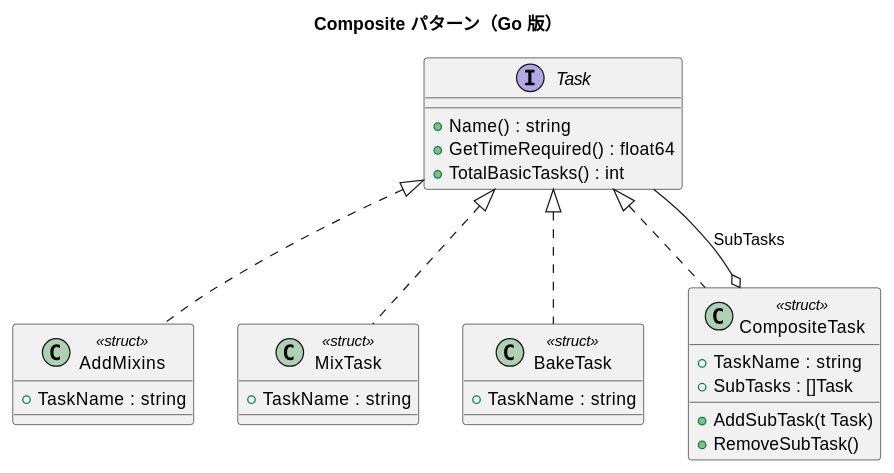
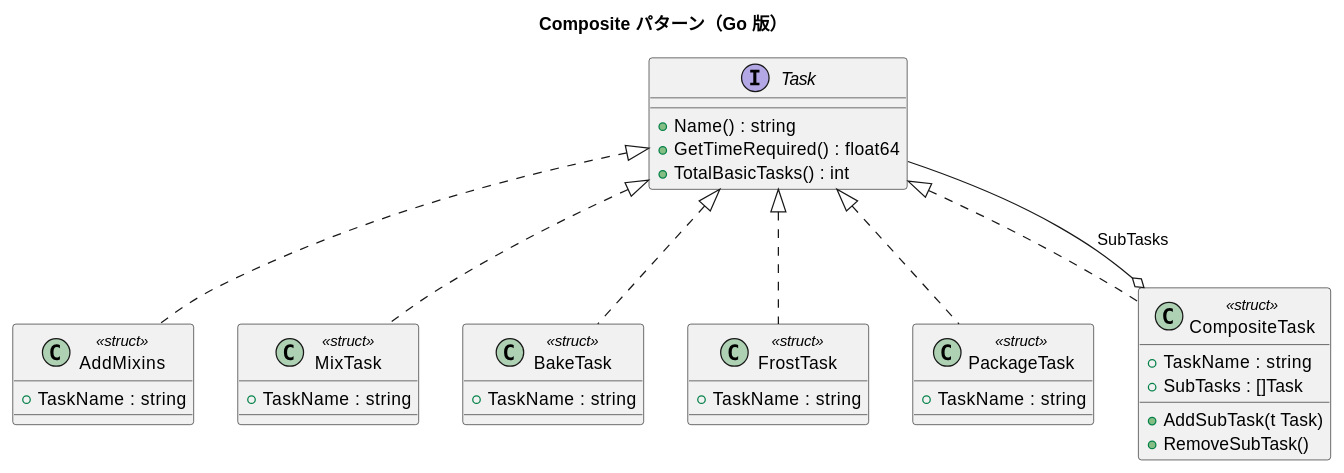
Before and after one commit to k2works/getting-started-design-pattern: the diagram in docs/article/go/07-composite.md, drawn with PlantUML. The commit also changed other lines of this file and 7 other files, not shown here.

````diff
--- a/docs/article/go/07-composite.md
+++ b/docs/article/go/07-composite.md
@@ -13,36 +13,46 @@
 ```plantuml
 @startuml
 title Composite パターン（Go 版）
 
 interface Task {
   + Name() : string
   + GetTimeRequired() : float64
   + TotalBasicTasks() : int
 }
 
 class AddMixins <<struct>> {
   + TaskName : string
 }
 
 class MixTask <<struct>> {
   + TaskName : string
 }
 
 class BakeTask <<struct>> {
   + TaskName : string
 }
 
+class FrostTask <<struct>> {
+  + TaskName : string
+}
+
+class PackageTask <<struct>> {
+  + TaskName : string
+}
+
 class CompositeTask <<struct>> {
   + TaskName : string
   + SubTasks : []Task
   + AddSubTask(t Task)
   + RemoveSubTask()
 }
 
 Task <|.. AddMixins
 Task <|.. MixTask
 Task <|.. BakeTask
+Task <|.. FrostTask
+Task <|.. PackageTask
 Task <|.. CompositeTask
 CompositeTask o-- Task : SubTasks
 @enduml
 ```
````
